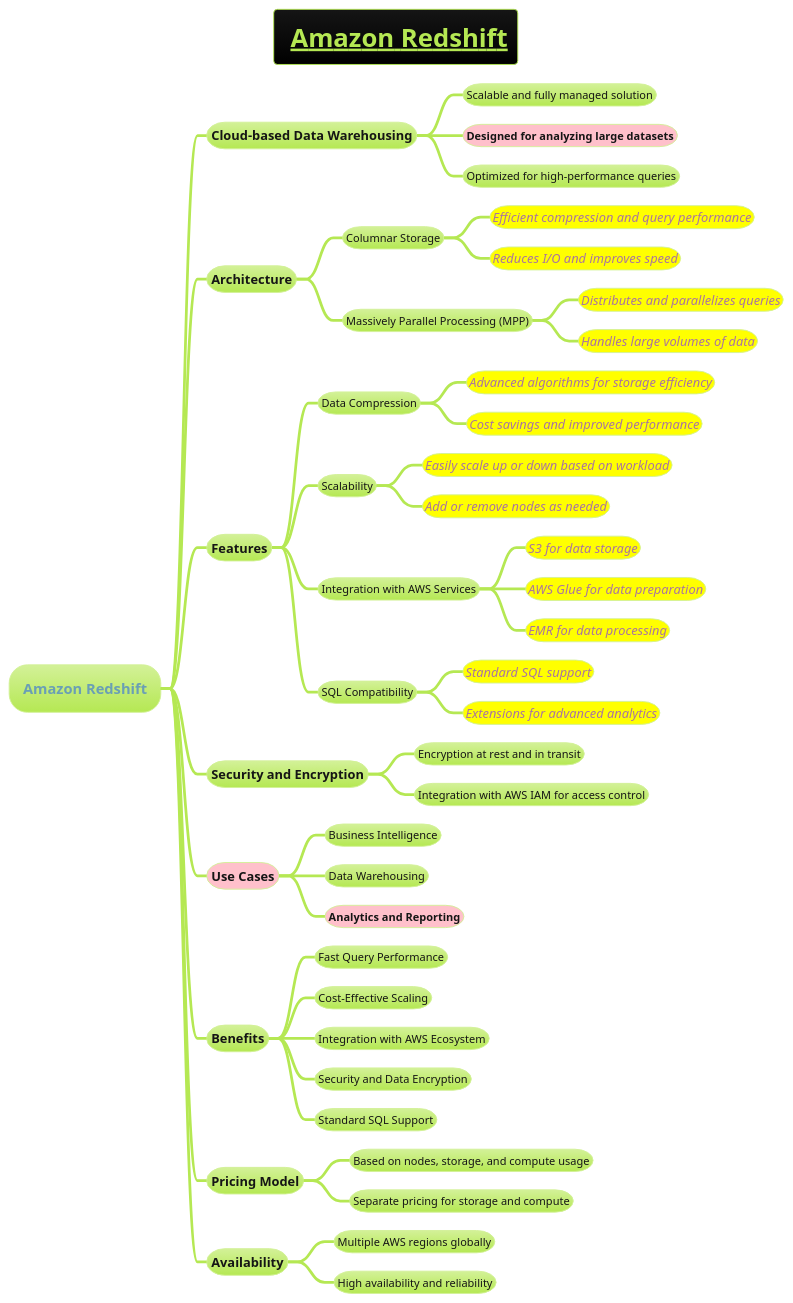
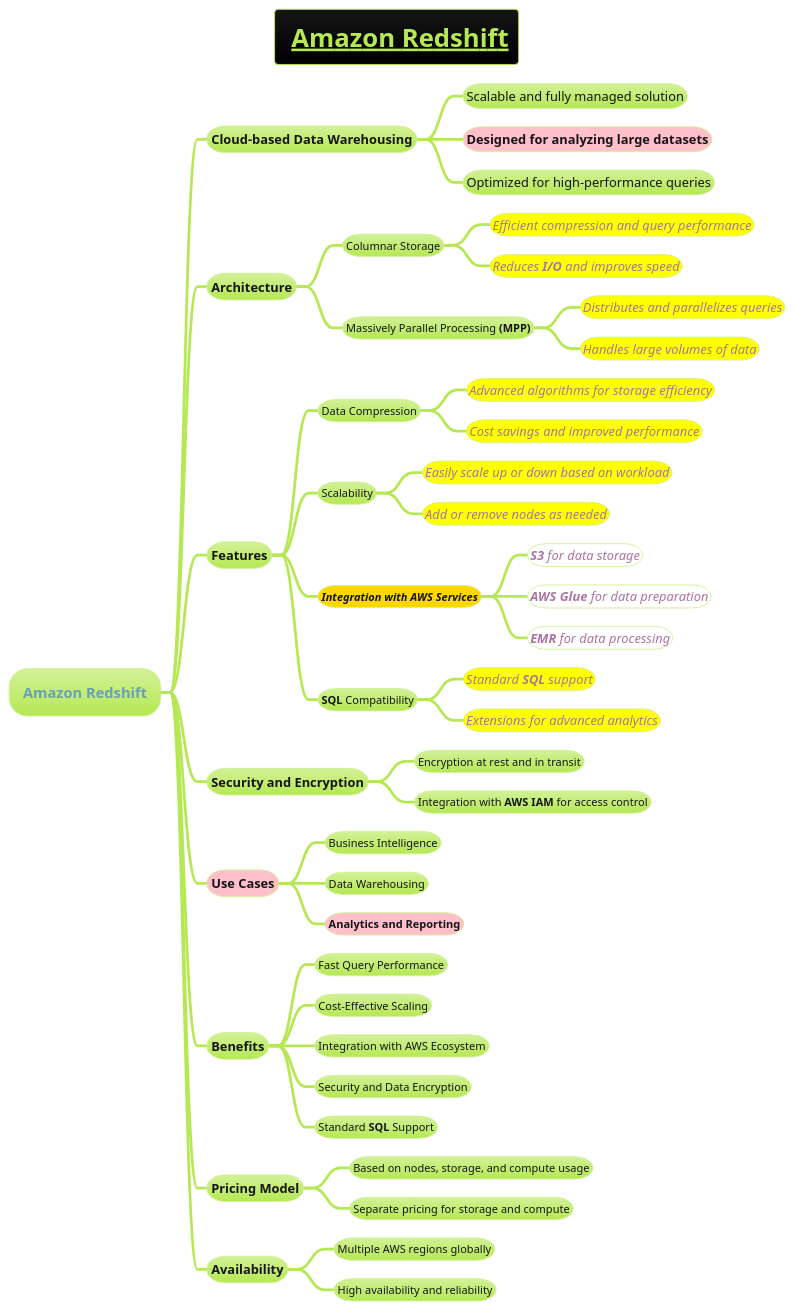
The diagram in docs/cloud-computing/AWS-Cloud/Amazon-Redshift.puml (MehmoodHashmi/Documentation-as-Code-DaC), drawn with PlantUML before and after one commit. The commit also changed 2 other files, not shown here.

```diff
--- a/docs/cloud-computing/AWS-Cloud/Amazon-Redshift.puml
+++ b/docs/cloud-computing/AWS-Cloud/Amazon-Redshift.puml
@@ -1,52 +1,52 @@
 @startmindmap
 
 title =__ Amazon Redshift__
 !theme hacker
 
 * Amazon Redshift
 ** Cloud-based Data Warehousing
-*** Scalable and fully managed solution
-***[#pink] **Designed for analyzing large datasets**
-*** Optimized for high-performance queries
+*** <size:14>Scalable and fully managed solution
+***[#pink] <size:14>**Designed for analyzing large datasets**
+*** <size:14>Optimized for high-performance queries
 ** Architecture
 *** Columnar Storage
 ****[#yellow] ====<size:14>Efficient compression and query performance
-****[#yellow] ====<size:14>Reduces I/O and improves speed
-*** Massively Parallel Processing (MPP)
+****[#yellow] ====<size:14>Reduces **I/O** and improves speed
+*** Massively Parallel Processing **(MPP)**
 ****[#yellow] ====<size:14>Distributes and parallelizes queries
 ****[#yellow] ====<size:14>Handles large volumes of data
 ** Features
 *** Data Compression
 ****[#yellow] ====<size:14>Advanced algorithms for storage efficiency
 ****[#yellow] ====<size:14>Cost savings and improved performance
 *** Scalability
 ****[#yellow] ====<size:14>Easily scale up or down based on workload
 ****[#yellow] ====<size:14>Add or remove nodes as needed
-*** Integration with AWS Services
-****[#yellow] ====<size:14>S3 for data storage
-****[#yellow] ====<size:14>AWS Glue for data preparation
-****[#yellow] ====<size:14>EMR for data processing
-*** SQL Compatibility
-****[#yellow] ====<size:14>Standard SQL support
+***[#gold] ====**Integration with AWS Services**
+****[#white] ====<size:14>**S3** for data storage
+****[#white] ====<size:14>**AWS Glue** for data preparation
+****[#white] ====<size:14>**EMR** for data processing
+*** **SQL** Compatibility
+****[#yellow] ====<size:14>Standard **SQL** support
 ****[#yellow] ====<size:14>Extensions for advanced analytics
 ** Security and Encryption
 *** Encryption at rest and in transit
-*** Integration with AWS IAM for access control
+*** Integration with **AWS IAM** for access control
 **[#pink] Use Cases
 *** Business Intelligence
 *** Data Warehousing
 ***[#pink] **Analytics and Reporting**
 ** Benefits
 *** Fast Query Performance
 *** Cost-Effective Scaling
 *** Integration with AWS Ecosystem
 *** Security and Data Encryption
-*** Standard SQL Support
+*** Standard **SQL** Support
 ** Pricing Model
 *** Based on nodes, storage, and compute usage
 *** Separate pricing for storage and compute
 ** Availability
 *** Multiple AWS regions globally
 *** High availability and reliability
 
 @endmindmap
```
